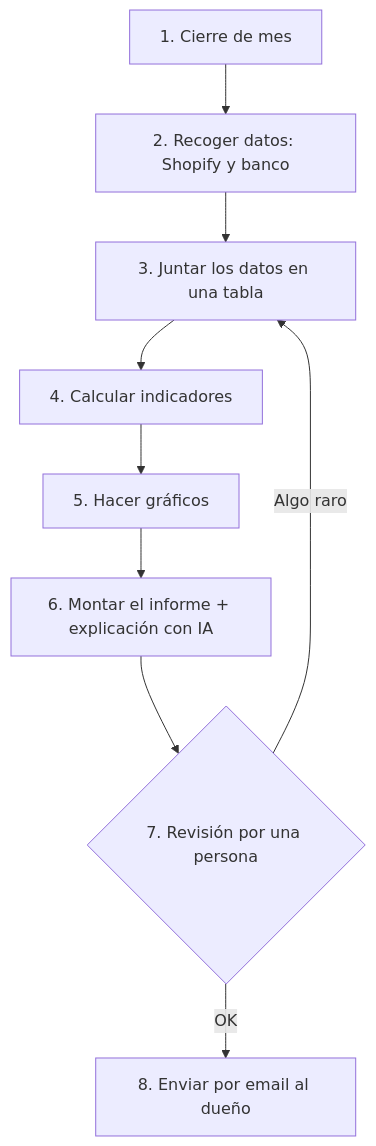
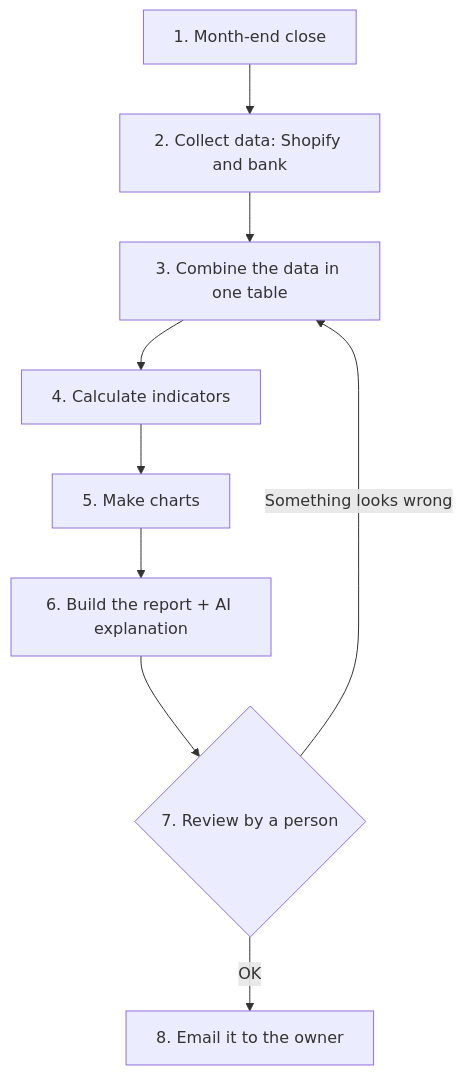
One commit to Kairuferrin/portfolio-automatizacion changed the diagram in 01-mapa-proceso/README.md. Above: the diagram before and after it, drawn with Mermaid. The commit also changed other lines of this file and 8 other files, not shown here.

````diff
--- a/01-mapa-proceso/README.md
+++ b/01-mapa-proceso/README.md
@@ -8,11 +8,11 @@
 ```mermaid
 flowchart TD
-    A[1. Cierre de mes] --> B[2. Recoger datos: Shopify y banco]
-    B --> C[3. Juntar los datos en una tabla]
-    C --> D[4. Calcular indicadores]
-    D --> E[5. Hacer gráficos]
-    E --> F[6. Montar el informe + explicación con IA]
-    F --> G{7. Revisión por una persona}
-    G -->|OK| H[8. Enviar por email al dueño]
-    G -->|Algo raro| C
+    A[1. Month-end close] --> B[2. Collect data: Shopify and bank]
+    B --> C[3. Combine the data in one table]
+    C --> D[4. Calculate indicators]
+    D --> E[5. Make charts]
+    E --> F[6. Build the report + AI explanation]
+    F --> G{7. Review by a person}
+    G -->|OK| H[8. Email it to the owner]
+    G -->|Something looks wrong| C
 ```
````
